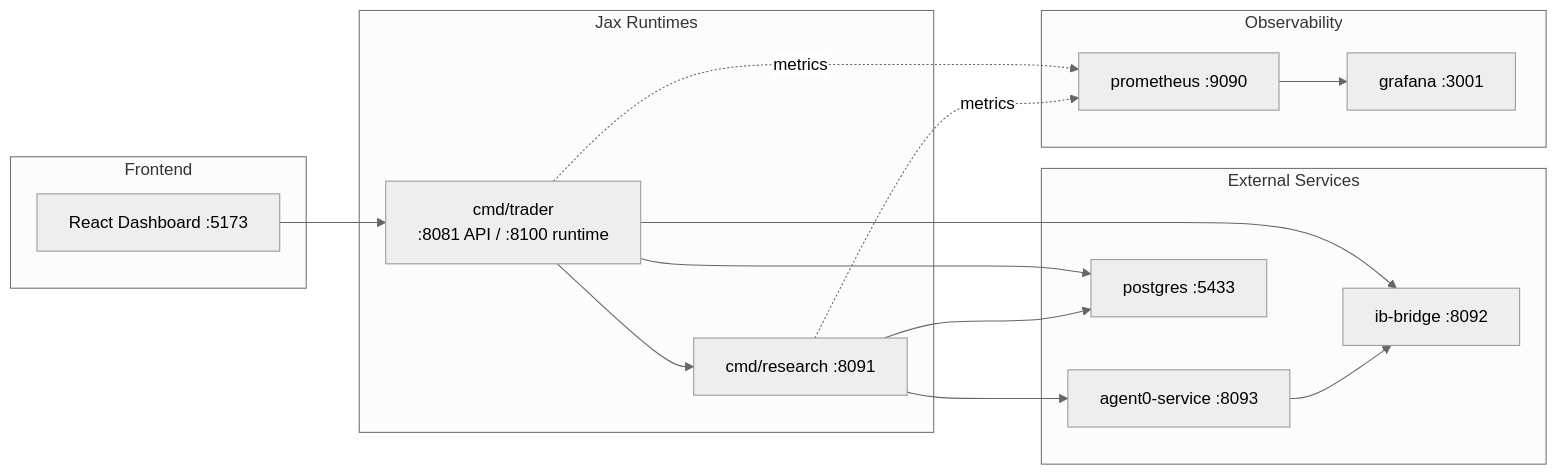
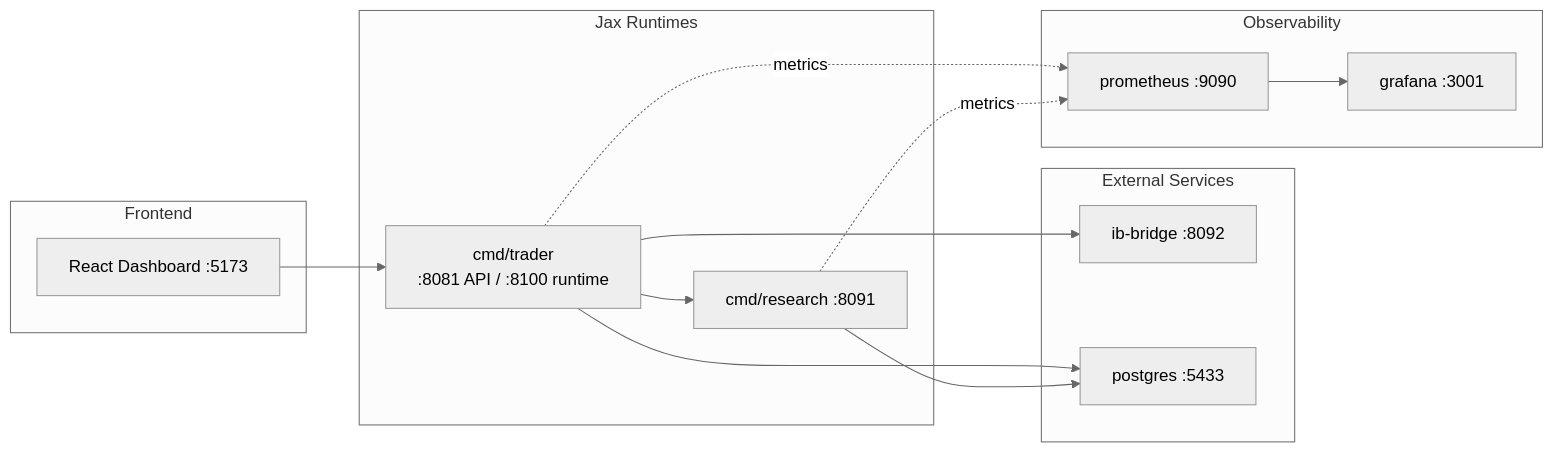
The diagram in Docs/ARCHITECTURE/ARCHITECTURE_DIAGRAM.md (Funky1981/jax-trading-assistant), drawn with Mermaid (neutral theme) before and after one commit. The commit also changed other lines of this file and 1084 other files, not shown here.

````diff
--- a/Docs/ARCHITECTURE/ARCHITECTURE_DIAGRAM.md
+++ b/Docs/ARCHITECTURE/ARCHITECTURE_DIAGRAM.md
@@ -3,35 +3,32 @@
 ```mermaid
 flowchart LR
   subgraph UI["Frontend"]
     FE["React Dashboard :5173"]
   end
 
   subgraph JAX["Jax Runtimes"]
     TRADER["cmd/trader
 :8081 API / :8100 runtime"]
     RESEARCH["cmd/research :8091"]
   end
 
   subgraph EXT["External Services"]
     IBB["ib-bridge :8092"]
-    AGENT0["agent0-service :8093"]
     PG["postgres :5433"]
   end
 
   subgraph OBS["Observability"]
     PROM["prometheus :9090"]
     GRAF["grafana :3001"]
   end
 
   FE --> TRADER
   TRADER --> RESEARCH
   TRADER --> IBB
   TRADER --> PG
-  RESEARCH --> AGENT0
   RESEARCH --> PG
-  AGENT0 --> IBB
 
   TRADER -. metrics .-> PROM
   RESEARCH -. metrics .-> PROM
   PROM --> GRAF
 ```
````
